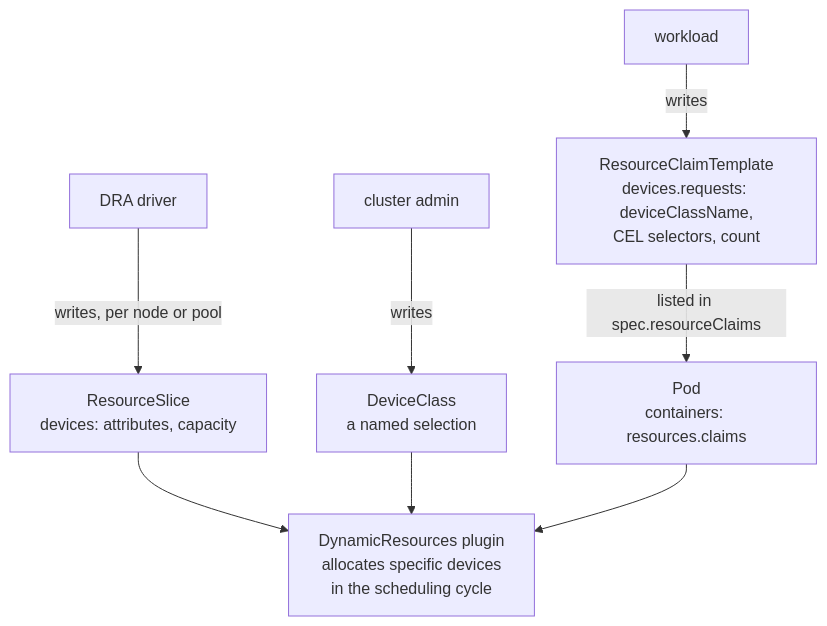
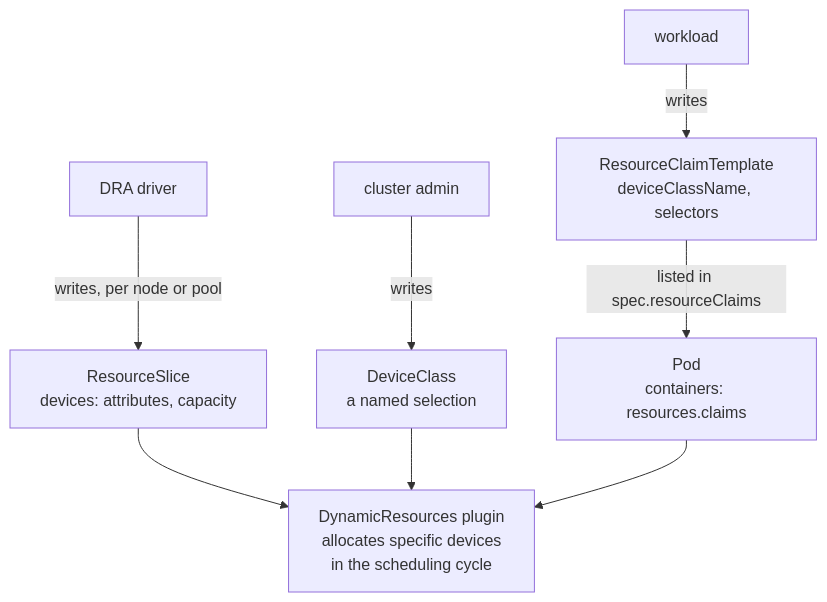
The first of 3 diagrams in 03-kubernetes-gpu/gpu-scheduling/PRIMER.md (aniryou/full-stack-agentic-engineer), drawn with Mermaid before and after one commit. The commit also changed other lines of this file and 633 other files, not shown here.

First line of the commit message:
Accessible language and one-screen figures, part 1: every figure fits a screen, the STE second pass over the layers (#53)

````diff
--- a/03-kubernetes-gpu/gpu-scheduling/PRIMER.md
+++ b/03-kubernetes-gpu/gpu-scheduling/PRIMER.md
@@ -200,10 +200,10 @@
 ```mermaid
 flowchart TB
   DRV["DRA driver"] -->|"writes, per node or pool"| RS["ResourceSlice<br/>devices: attributes, capacity"]
   ADMIN["cluster admin"] -->|"writes"| DC["DeviceClass<br/>a named selection"]
-  WL["workload"] -->|"writes"| RC["ResourceClaimTemplate<br/>devices.requests: deviceClassName,<br/>CEL selectors, count"]
+  WL["workload"] -->|"writes"| RC["ResourceClaimTemplate<br/>deviceClassName, selectors"]
   RC -->|"listed in spec.resourceClaims"| POD["Pod<br/>containers: resources.claims"]
   RS --> DRP
   DC --> DRP
   POD --> DRP["DynamicResources plugin<br/>allocates specific devices<br/>in the scheduling cycle"]
 ```
````
